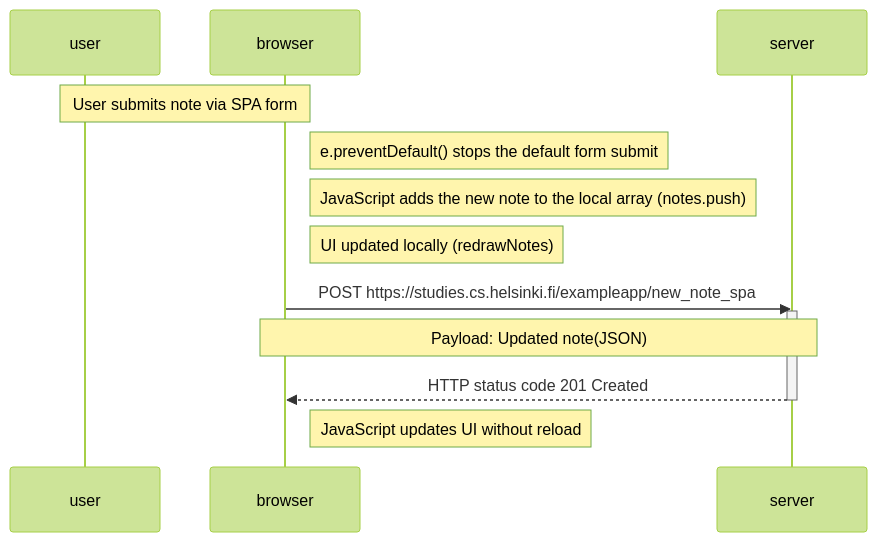
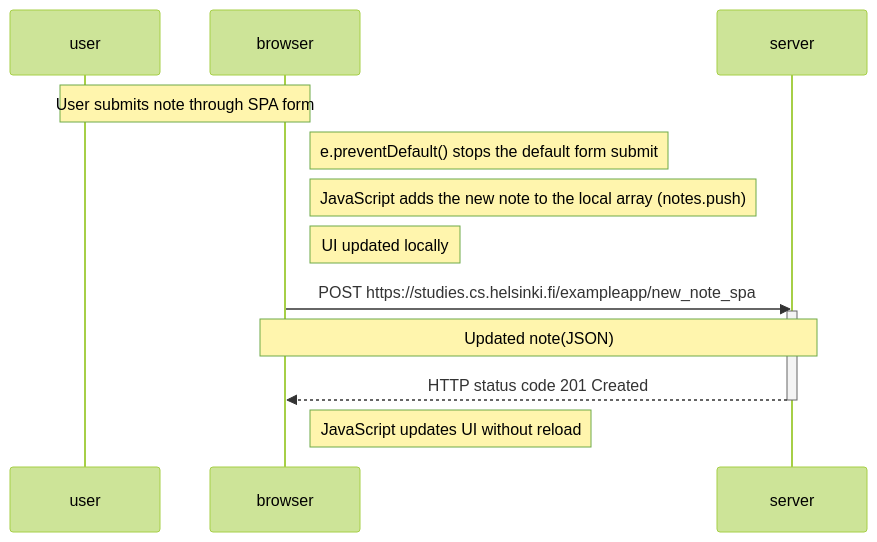
Before and after one commit to Anet456-tech/fullstackopen: the diagram in part0/0.6_New_note_in_Single_page_app.md, drawn with Mermaid (forest theme). The commit also changed 2 other files, not shown here.

Commit message:
modified diagrams

````diff
--- a/part0/0.6_New_note_in_Single_page_app.md
+++ b/part0/0.6_New_note_in_Single_page_app.md
@@ -1,21 +1,20 @@
 ```mermaid
 sequenceDiagram
     participant user
     participant browser
     participant server
 
-    Note over user, browser: User submits note via SPA form
+    Note over user, browser: User submits note through SPA form
 
     Note right of browser: e.preventDefault() stops the default form submit
     Note right of browser: JavaScript adds the new note to the local array (notes.push)
-    Note right of browser: UI updated locally (redrawNotes)
-
+    Note right of browser: UI updated locally 
     browser->>server: POST https://studies.cs.helsinki.fi/exampleapp/new_note_spa
     activate server
-    Note over browser, server: Payload: Updated note(JSON)
+    Note over browser, server: Updated note(JSON)
     
     server-->>browser: HTTP status code 201 Created
     deactivate server
 
     Note right of browser: JavaScript updates UI without reload
 ```
````
